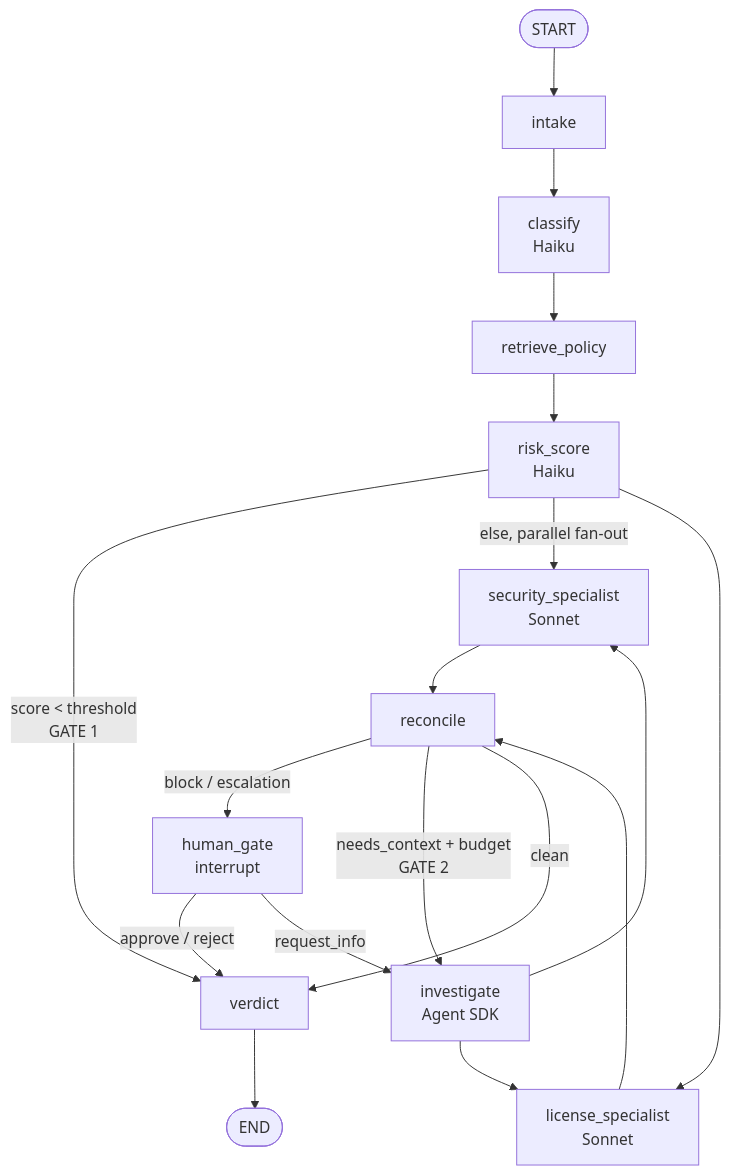
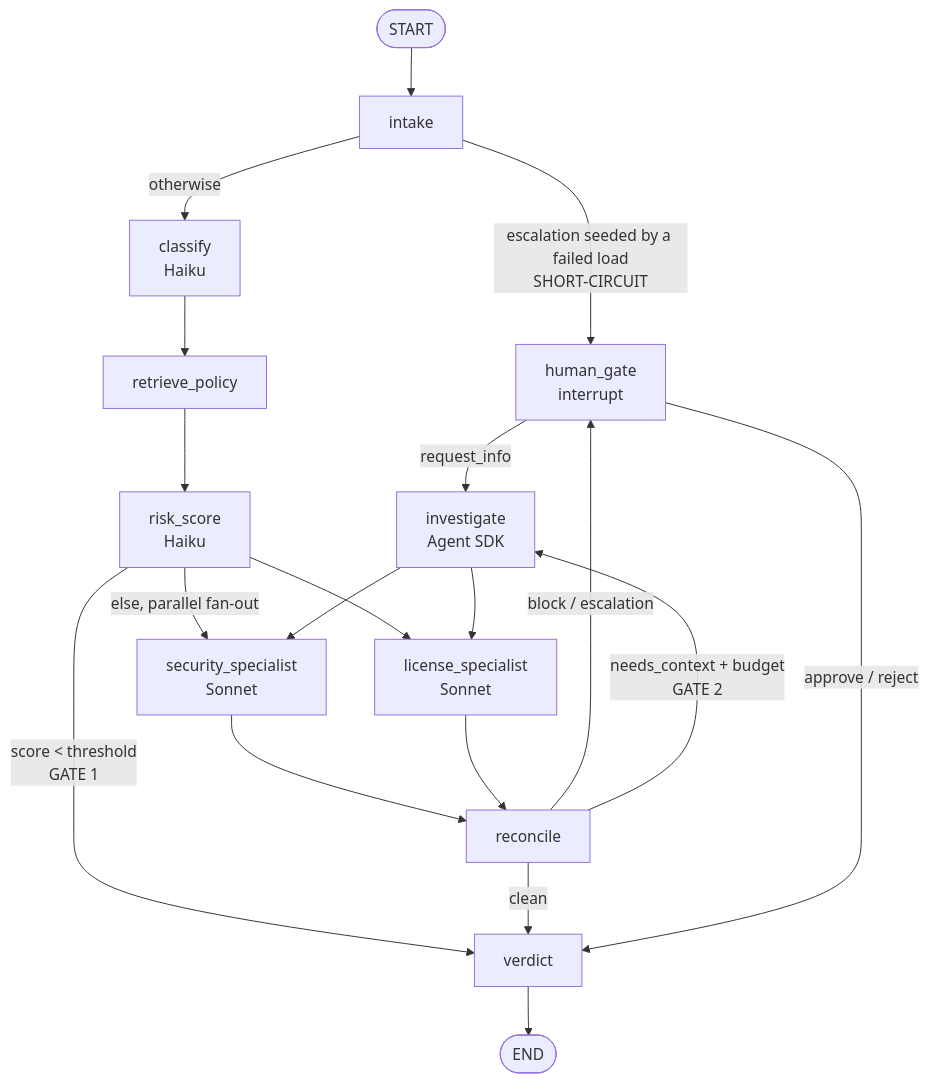
The third of 8 diagrams in .agents_workspace/ARCHITECTURE.md (cheneeheng/pr-compliance-gate), drawn with Mermaid before and after one commit. The commit also changed other lines of this file, not shown here.

First line of the commit message:
docs(architecture): bring the living picture to the v2 state

````diff
--- a/.agents_workspace/ARCHITECTURE.md
+++ b/.agents_workspace/ARCHITECTURE.md
@@ -66,17 +85,19 @@
 ```mermaid
 flowchart TD
-    start([START]) --> intake --> classify[classify<br/>Haiku] --> retrieve[retrieve_policy] --> risk[risk_score<br/>Haiku]
+    start([START]) --> intake
+    intake -->|escalation seeded by a failed load<br/>SHORT-CIRCUIT| human[human_gate<br/>interrupt]
+    intake -->|otherwise| classify[classify<br/>Haiku] --> retrieve[retrieve_policy] --> risk[risk_score<br/>Haiku]
     risk -->|score < threshold<br/>GATE 1| verdict[verdict]
     risk -->|else, parallel fan-out| sec[security_specialist<br/>Sonnet]
     risk --> lic[license_specialist<br/>Sonnet]
     sec --> reconcile
     lic --> reconcile
-    reconcile -->|block / escalation| human[human_gate<br/>interrupt]
+    reconcile -->|block / escalation| human
     reconcile -->|needs_context + budget<br/>GATE 2| investigate[investigate<br/>Agent SDK]
     reconcile -->|clean| verdict
     investigate --> sec
     investigate --> lic
     human -->|approve / reject| verdict
     human -->|request_info| investigate
     verdict --> done([END])
 ```
````
